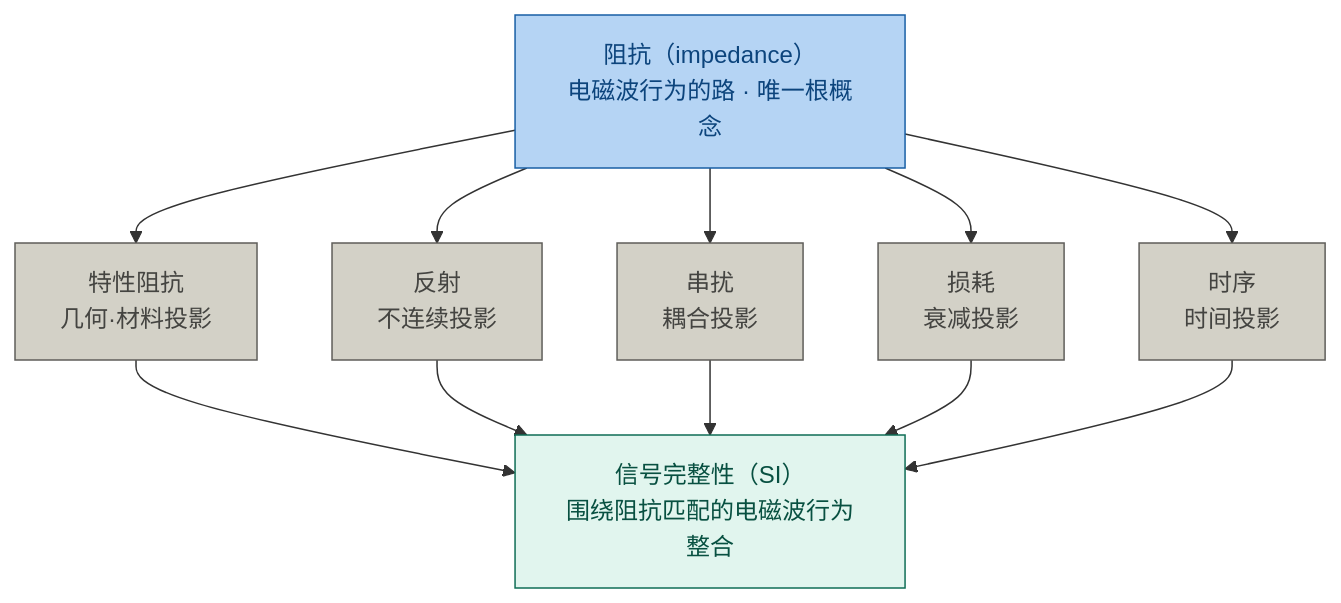
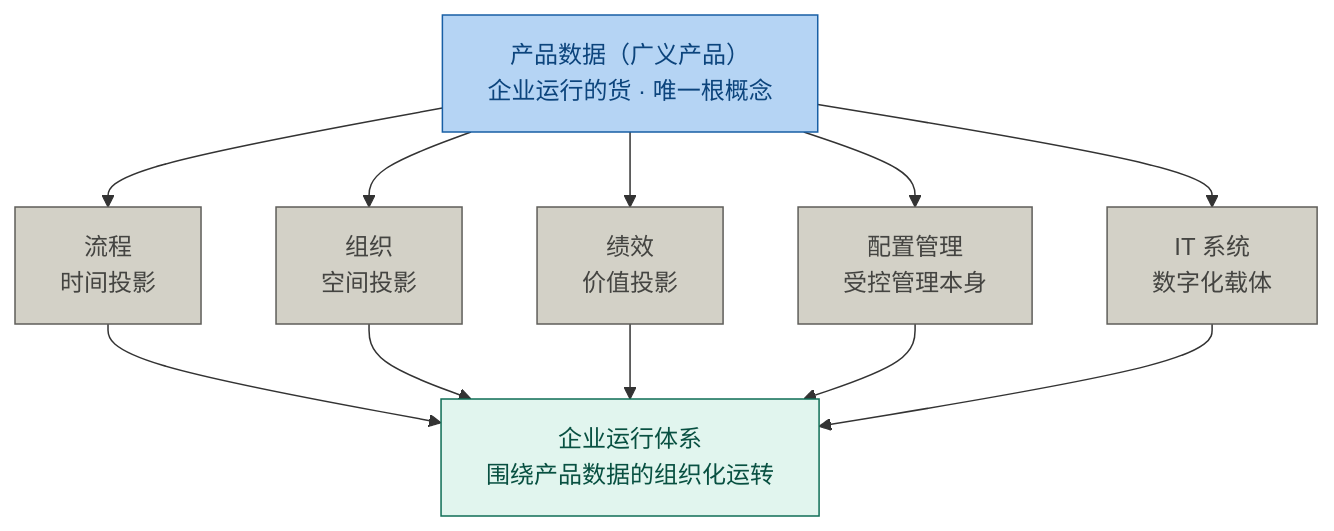
Before and after one commit to Yongjunzhou/AOS-system-design: the diagram in 100-subprojects/01-系统工程研究/03-架构师是个怎样的物种/成书/build/.mmd/ch01-fig05.mmd, drawn with Mermaid. The commit also changed 177 other files, not shown here.

```diff
--- a/100-subprojects/01-系统工程研究/03-架构师是个怎样的物种/成书/build/.mmd/ch01-fig05.mmd
+++ b/100-subprojects/01-系统工程研究/03-架构师是个怎样的物种/成书/build/.mmd/ch01-fig05.mmd
@@ -1,18 +1,18 @@
 flowchart TD
-    Z["阻抗（impedance）<br/>电磁波行为的路 · 唯一根概念"]
-    Z --> Z0["特性阻抗<br/>几何·材料投影"]
-    Z --> R1["反射<br/>不连续投影"]
-    Z --> X1["串扰<br/>耦合投影"]
-    Z --> S1["损耗<br/>衰减投影"]
-    Z --> T1["时序<br/>时间投影"]
-    Z0 --> SI["信号完整性（SI）<br/>围绕阻抗匹配的电磁波行为整合"]
-    R1 --> SI
-    X1 --> SI
-    S1 --> SI
-    T1 --> SI
+    P["产品数据（广义产品）<br/>企业运行的货 · 唯一根概念"]
+    P --> F["流程<br/>时间投影"]
+    P --> O["组织<br/>空间投影"]
+    P --> K["绩效<br/>价值投影"]
+    P --> CM["配置管理<br/>受控管理本身"]
+    P --> IT["IT 系统<br/>数字化载体"]
+    F --> E["企业运行体系<br/>围绕产品数据的组织化运转"]
+    O --> E
+    K --> E
+    CM --> E
+    IT --> E
     classDef root fill:#B5D4F4,stroke:#185FA5,color:#0C447C
     classDef proj fill:#D3D1C7,stroke:#5F5E5A,color:#444441
     classDef comp fill:#E1F5EE,stroke:#0F6E56,color:#085041
-    class Z root
-    class Z0,R1,X1,S1,T1 proj
-    class SI comp
+    class P root
+    class F,O,K,CM,IT proj
+    class E comp
```
